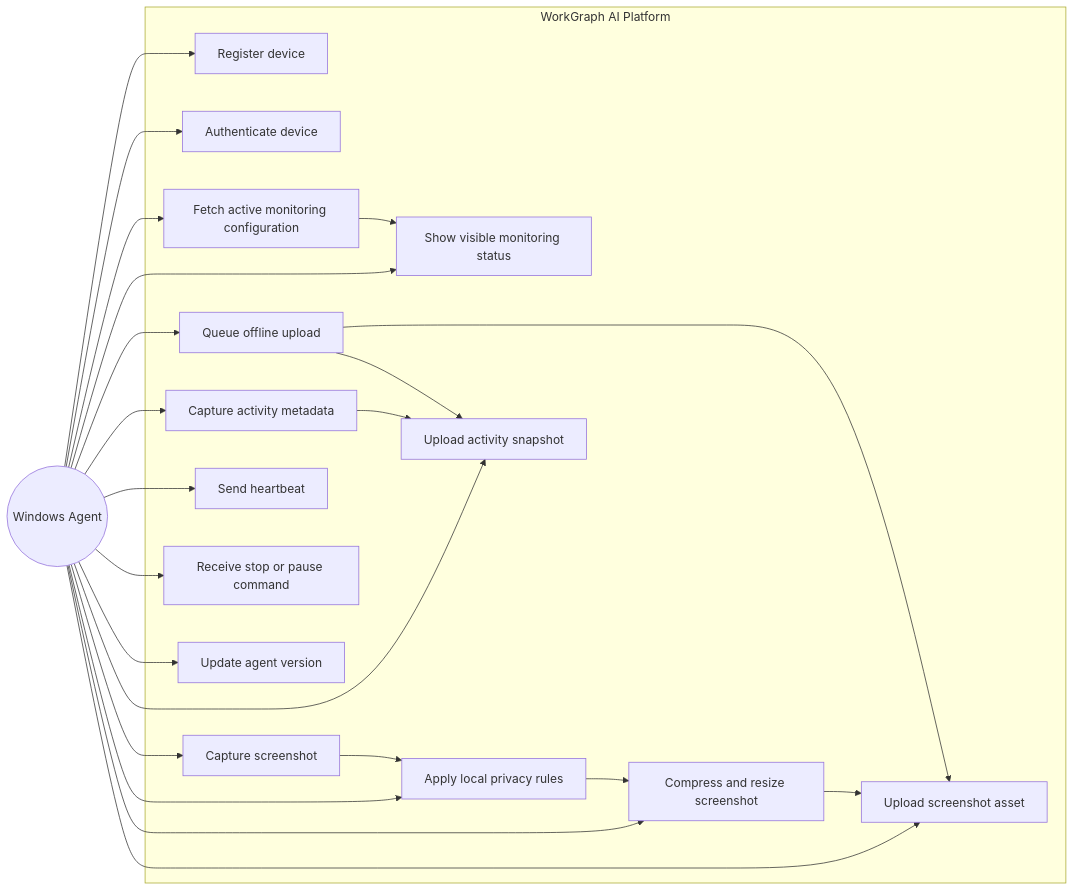
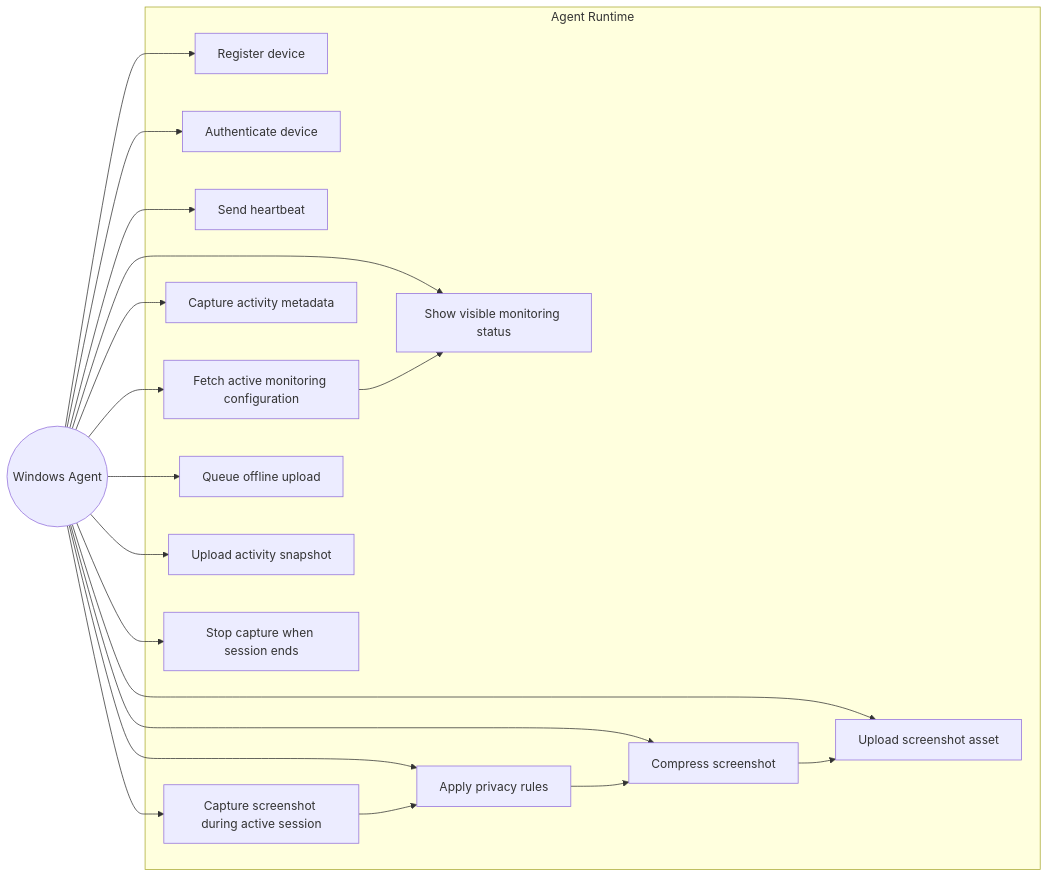
Before and after one commit to raminamoly/WorkGraph-AI: the fifth of 7 diagrams in docs/architecture/use-case-diagrams.md, drawn with Mermaid. The commit also changed other lines of this file, not shown here.

Commit message:
Simplify use case diagrams to MVP user hierarchy

````diff
--- a/docs/architecture/use-case-diagrams.md
+++ b/docs/architecture/use-case-diagrams.md
@@ -509,44 +227,39 @@
 ```mermaid
 flowchart LR
     Agent((Windows Agent))
 
-    subgraph WorkGraphAI[WorkGraph AI Platform]
+    subgraph AgentSystem[Agent Runtime]
         UC1[Register device]
         UC2[Authenticate device]
-        UC3[Fetch active monitoring configuration]
-        UC4[Show visible monitoring status]
-        UC5[Capture activity metadata]
-        UC6[Capture screenshot]
-        UC7[Apply local privacy rules]
-        UC8[Compress and resize screenshot]
-        UC9[Queue offline upload]
-        UC10[Upload activity snapshot]
-        UC11[Upload screenshot asset]
-        UC12[Send heartbeat]
-        UC13[Receive stop or pause command]
-        UC14[Update agent version]
+        UC3[Send heartbeat]
+        UC4[Fetch active monitoring configuration]
+        UC5[Show visible monitoring status]
+        UC6[Capture activity metadata]
+        UC7[Capture screenshot during active session]
+        UC8[Apply privacy rules]
+        UC9[Compress screenshot]
+        UC10[Queue offline upload]
+        UC11[Upload activity snapshot]
+        UC12[Upload screenshot asset]
+        UC13[Stop capture when session ends]
     end
 
     Agent --> UC1
     Agent --> UC2
     Agent --> UC3
     Agent --> UC4
     Agent --> UC5
     Agent --> UC6
     Agent --> UC7
     Agent --> UC8
     Agent --> UC9
     Agent --> UC10
     Agent --> UC11
     Agent --> UC12
     Agent --> UC13
-    Agent --> UC14
 
-    UC3 --> UC4
-    UC5 --> UC10
-    UC6 --> UC7
+    UC4 --> UC5
     UC7 --> UC8
-    UC8 --> UC11
-    UC9 --> UC10
-    UC9 --> UC11
+    UC8 --> UC9
+    UC9 --> UC12
 ```
````
